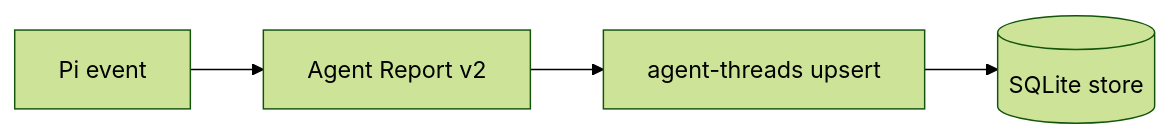
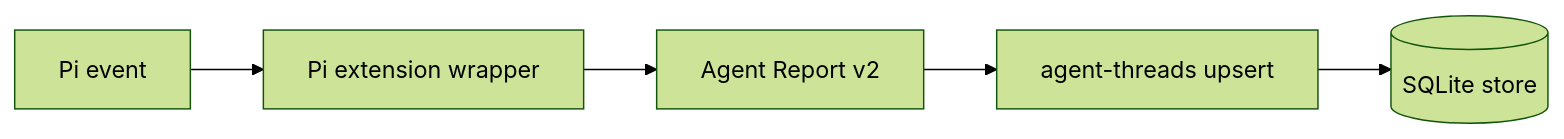
One commit to zenobi-us/zellij-agent-threads changed the second of 6 diagrams in apps/docs/content/how-it-works.md. Above: the diagram before and after it, drawn with Mermaid (forest theme). The commit also changed other lines of this file and 8 other files, not shown here.

````diff
--- a/apps/docs/content/how-it-works.md
+++ b/apps/docs/content/how-it-works.md
@@ -29,6 +39,7 @@
 ```mermaid
 flowchart LR
-  Event[Pi event] --> Report[Agent Report v2]
-  Report --> CLI[agent-threads upsert]
-  CLI --> DB[(SQLite store)]
+  Event[Pi event] --> Extension[Pi extension wrapper]
+  Extension --> Report[Agent Report v2]
+  Report --> Upsert[agent-threads upsert]
+  Upsert --> DB[(SQLite store)]
 ```
````
